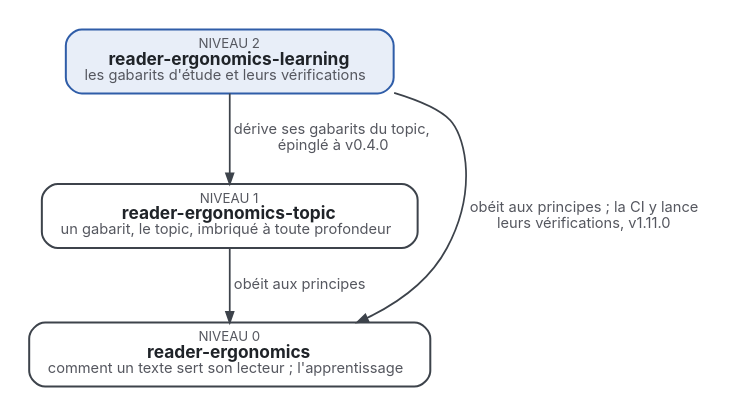
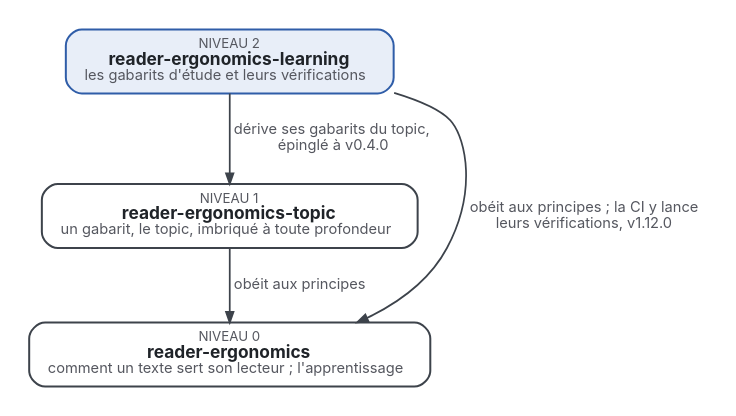
Before and after one commit to Tewf/reader-ergonomics-learning: the diagram in where-it-sits.fr.dot, drawn with Graphviz. The commit also changed 30 other files, not shown here.

```diff
--- a/where-it-sits.fr.dot
+++ b/where-it-sits.fr.dot
@@ -1,11 +1,11 @@
 digraph niveaux {
   graph [rankdir=TB, nodesep=0.6, ranksep=0.6, bgcolor="white", pad=0.2, fontname="Inter"];
   node  [shape=box, style="rounded,filled", fontname="Inter", fontsize=13, margin="0.2,0.1", penwidth=1.5, fontcolor="#1F2328"];
   edge  [fontname="Inter", fontsize=11, color="#3D434B", fontcolor="#55575F", penwidth=1.3, arrowsize=0.8];
   L [label=<<font point-size="10" color="#55575F">NIVEAU 2</font><br/><b>reader-ergonomics-learning</b><br/><font point-size="11" color="#55575F">les gabarits d'étude et leurs vérifications</font>>, fillcolor="#E8EEF8", color="#2F5DA8"];
   T [label=<<font point-size="10" color="#55575F">NIVEAU 1</font><br/><b>reader-ergonomics-topic</b><br/><font point-size="11" color="#55575F">un gabarit, le topic, imbriqué à toute profondeur</font>>, fillcolor="#FFFFFF", color="#3D434B"];
   R [label=<<font point-size="10" color="#55575F">NIVEAU 0</font><br/><b>reader-ergonomics</b><br/><font point-size="11" color="#55575F">comment un texte sert son lecteur ; l'apprentissage</font>>, fillcolor="#FFFFFF", color="#3D434B"];
   L -> T [label=<  dérive ses gabarits du topic,<br/>  épinglé à v0.4.0>];
   T -> R [label=<  obéit aux principes>];
-  L -> R [label=<  obéit aux principes ; la CI y lance<br/>  leurs vérifications, v1.11.0>, constraint=false];
+  L -> R [label=<  obéit aux principes ; la CI y lance<br/>  leurs vérifications, v1.12.0>, constraint=false];
 }
```
